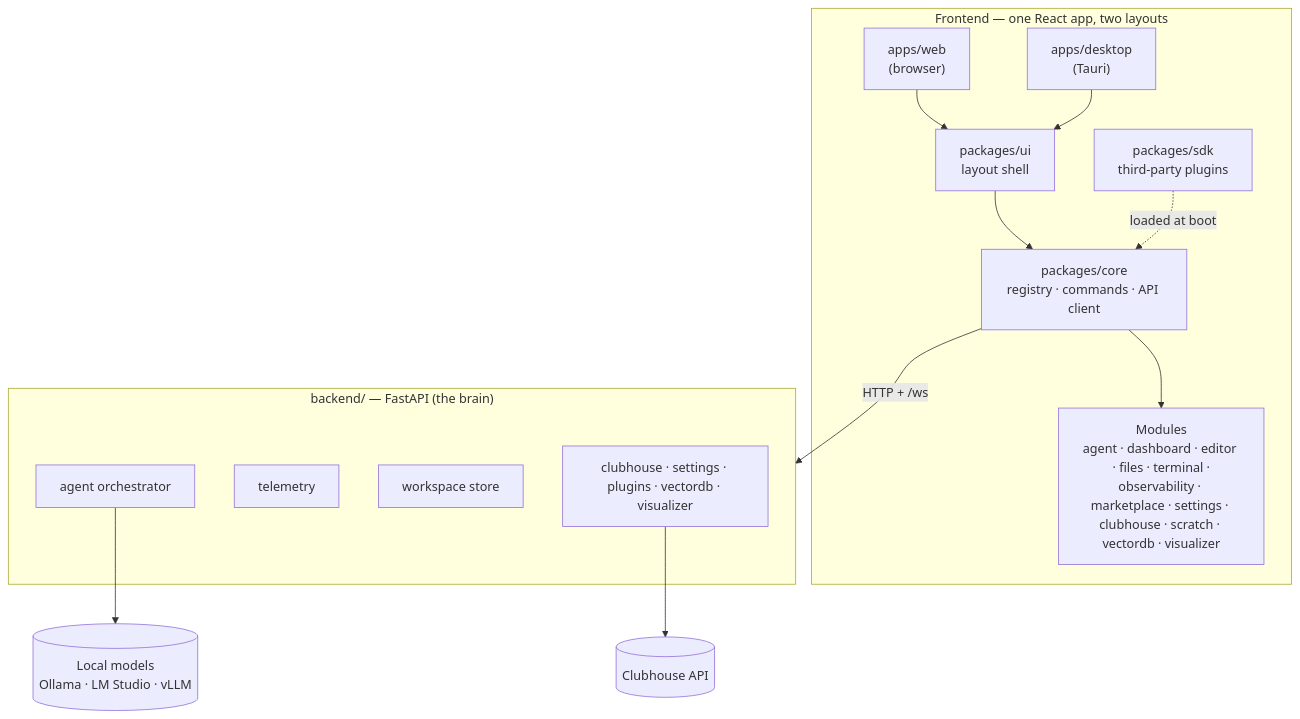
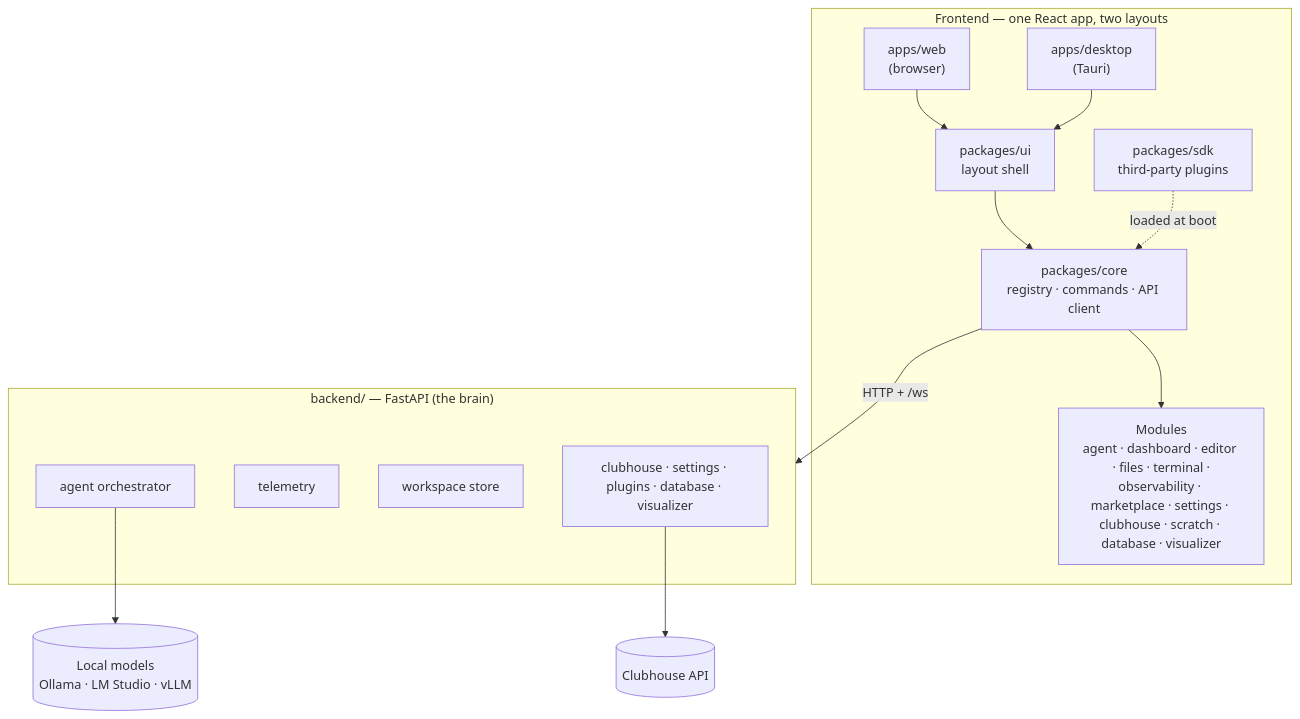
The diagram in docs/README.mdx (ConstCorrectness/horrible-dashboard), drawn with Mermaid before and after one commit. The commit also changed other lines of this file and 56 other files, not shown here.

First line of the commit message:
Rename vectordb → database module; add pluggable driver layer and SQL console

````diff
--- a/docs/README.mdx
+++ b/docs/README.mdx
@@ -18,28 +18,28 @@
 ```mermaid
 flowchart TB
     subgraph FE["Frontend — one React app, two layouts"]
         Web["apps/web<br/>(browser)"]
         Desk["apps/desktop<br/>(Tauri)"]
         UI["packages/ui<br/>layout shell"]
         Core["packages/core<br/>registry · commands · API client"]
-        Mods["Modules<br/>agent · dashboard · editor · files · terminal ·<br/>observability · marketplace · settings · clubhouse · scratch · vectordb · visualizer"]
+        Mods["Modules<br/>agent · dashboard · editor · files · terminal ·<br/>observability · marketplace · settings · clubhouse · scratch · database · visualizer"]
         SDK["packages/sdk<br/>third-party plugins"]
     end
     subgraph BE["backend/ — FastAPI (the brain)"]
         Agent["agent orchestrator"]
         Tel["telemetry"]
         WSrv["workspace store"]
-        Other["clubhouse · settings · plugins · vectordb · visualizer"]
+        Other["clubhouse · settings · plugins · database · visualizer"]
     end
     Ext[("Local models<br/>Ollama · LM Studio · vLLM")]
     CH[("Clubhouse API")]
 
     Web --> UI
     Desk --> UI
     UI --> Core
     Core --> Mods
     SDK -. "loaded at boot" .-> Core
     Core -->|"HTTP + /ws"| BE
     Agent --> Ext
     Other --> CH
 ```
````
